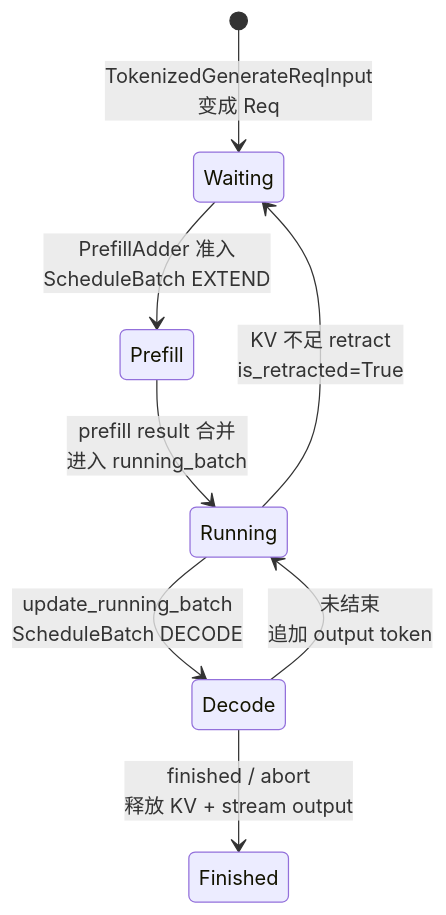
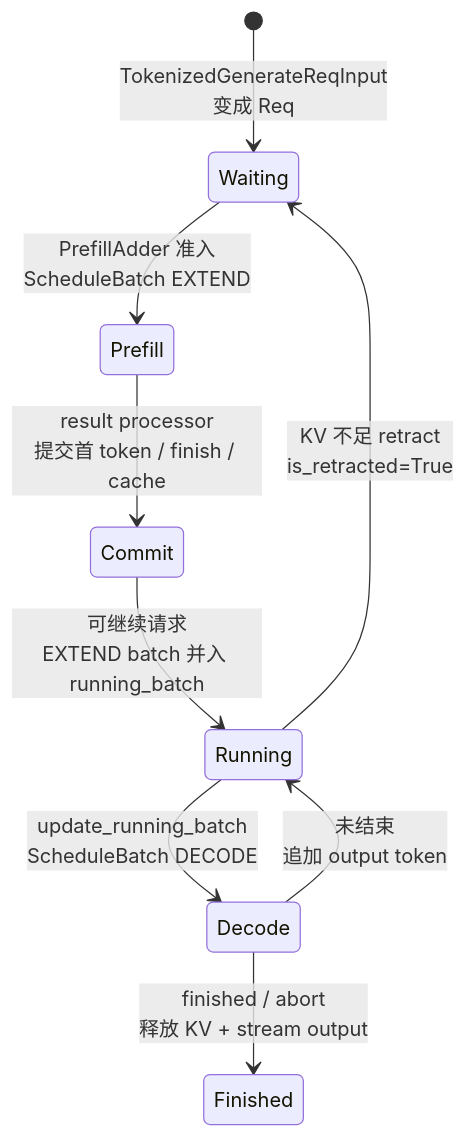
One commit to OnlyHero5/sglang-reading-vault changed the diagram in sglang_reading/请求调度/Scheduler/SGLang-Scheduler-核心概念.md. Above: the diagram before and after it, drawn with Mermaid. The commit also changed other lines of this file and 512 other files, not shown here.

````diff
--- a/sglang_reading/请求调度/Scheduler/SGLang-Scheduler-核心概念.md
+++ b/sglang_reading/请求调度/Scheduler/SGLang-Scheduler-核心概念.md
@@ -26,10 +26,11 @@
 ```mermaid
 stateDiagram-v2
     [*] --> Waiting: TokenizedGenerateReqInput<br/>变成 Req
     Waiting --> Prefill: PrefillAdder 准入<br/>ScheduleBatch EXTEND
-    Prefill --> Running: prefill result 合并<br/>进入 running_batch
+    Prefill --> Commit: result processor<br/>提交首 token / finish / cache
+    Commit --> Running: 可继续请求<br/>EXTEND batch 并入 running_batch
     Running --> Decode: update_running_batch<br/>ScheduleBatch DECODE
     Decode --> Running: 未结束<br/>追加 output token
     Decode --> Finished: finished / abort<br/>释放 KV + stream output
     Running --> Waiting: KV 不足 retract<br/>is_retracted=True
 ```
````
